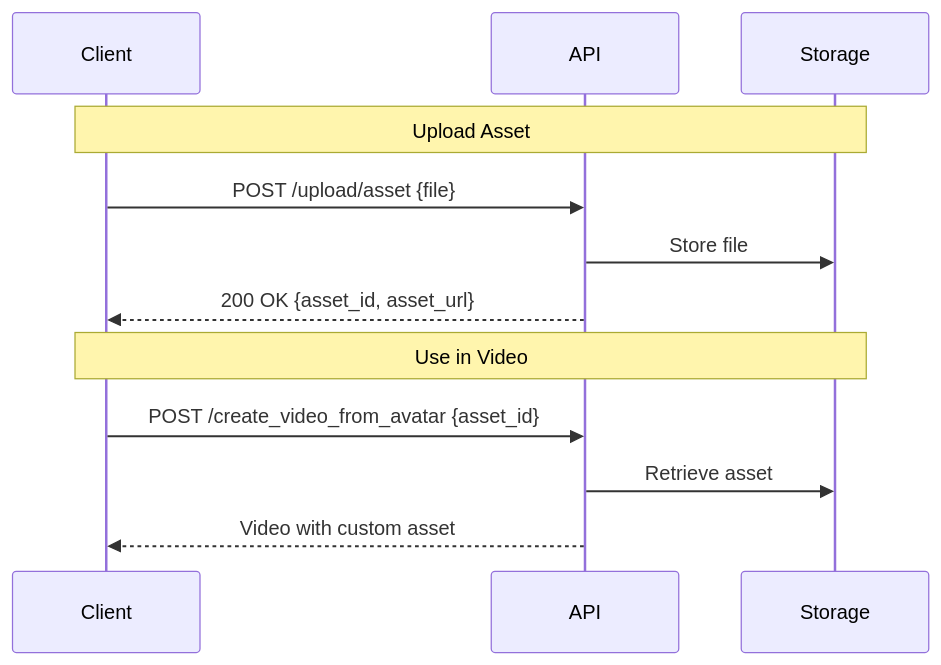
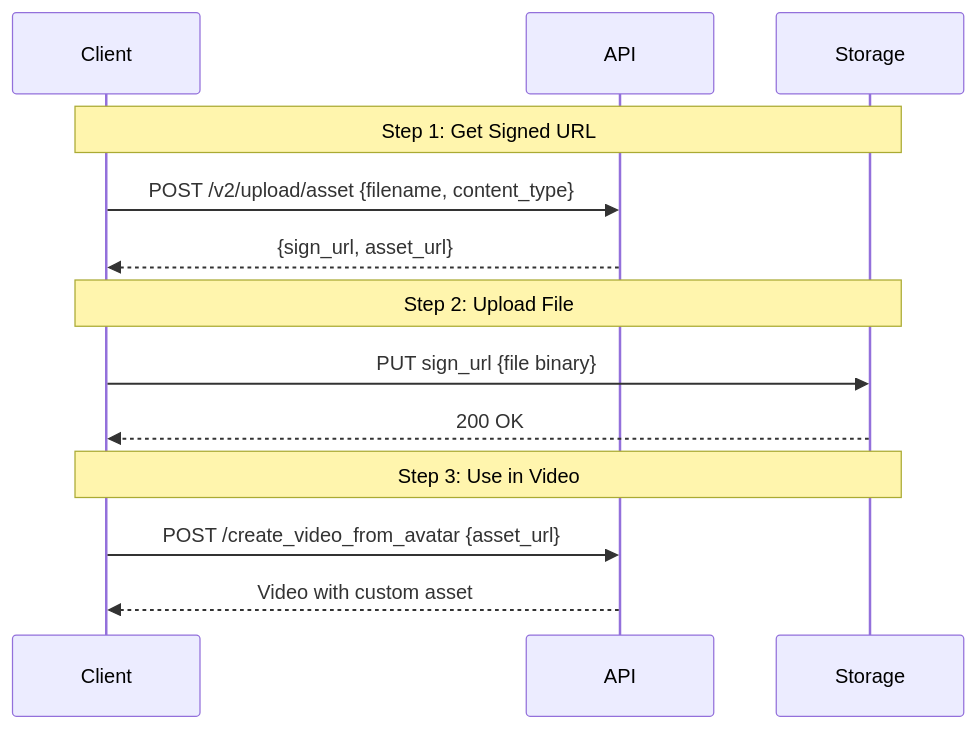
The diagram in api-reference/v2/API Documentation/UploadMedia.mdx (JoggAI-Tech/docs), drawn with Mermaid before and after one commit. The commit also changed other lines of this file and 8 other files, not shown here.

````diff
--- a/api-reference/v2/API Documentation/UploadMedia.mdx
+++ b/api-reference/v2/API Documentation/UploadMedia.mdx
@@ -43,16 +43,18 @@
 ```mermaid
 sequenceDiagram
     participant Client
     participant API
     participant Storage
     
-    Note over Client,Storage: Upload Asset
-    Client->>API: POST /upload/asset {file}
-    API->>Storage: Store file
-    API-->>Client: 200 OK {asset_id, asset_url}
+    Note over Client,Storage: Step 1: Get Signed URL
+    Client->>API: POST /v2/upload/asset {filename, content_type}
+    API-->>Client: {sign_url, asset_url}
     
-    Note over Client,Storage: Use in Video
-    Client->>API: POST /create_video_from_avatar {asset_id}
-    API->>Storage: Retrieve asset
+    Note over Client,Storage: Step 2: Upload File
+    Client->>Storage: PUT sign_url {file binary}
+    Storage-->>Client: 200 OK
+    
+    Note over Client,Storage: Step 3: Use in Video
+    Client->>API: POST /create_video_from_avatar {asset_url}
     API-->>Client: Video with custom asset
 ```
````
